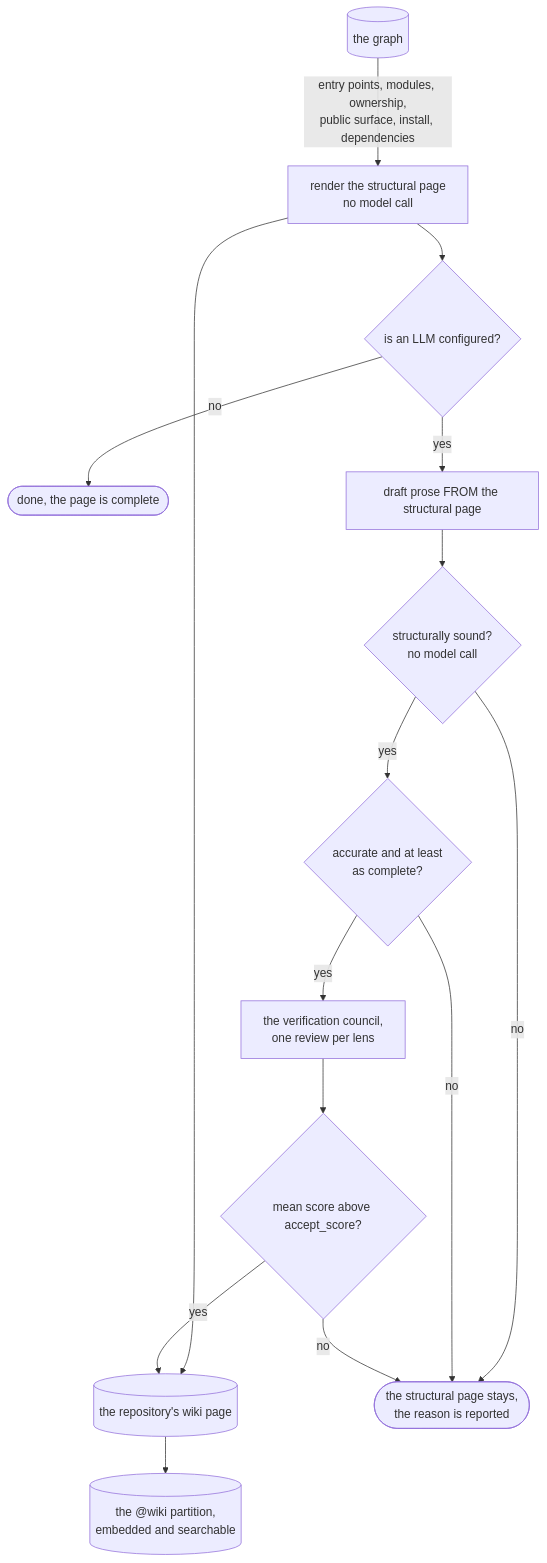
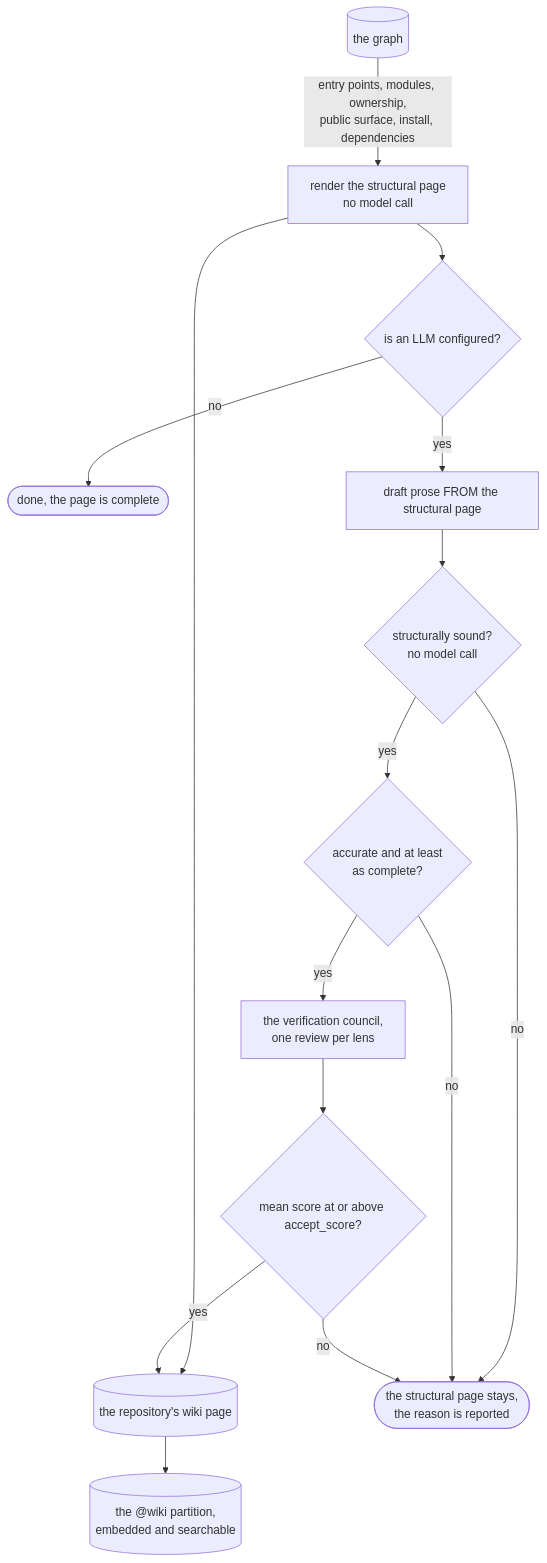
Before and after one commit to sayak-sarkar/contextlake: the diagram in docs/generating-the-wiki.md, drawn with Mermaid. The commit also changed other lines of this file and 11 other files, not shown here.

First line of the commit message:
docs(site): correct 22 claims and diagrams on 12 docs pages

````diff
--- a/docs/generating-the-wiki.md
+++ b/docs/generating-the-wiki.md
@@ -12,17 +15,17 @@
 ```mermaid
 flowchart TD
   G[("the graph")] -->|"entry points, modules, ownership,<br/>public surface, install, dependencies"| ST["render the structural page<br/>no model call"]
   ST --> W[("the repository's wiki page")]
   W --> P[("the @wiki partition,<br/>embedded and searchable")]
   ST --> Q{"is an LLM configured?"}
   Q -->|no| DONE(["done, the page is complete"])
   Q -->|yes| DR["draft prose FROM the structural page"]
   DR --> SG{"structurally sound?<br/>no model call"}
   SG -->|no| K(["the structural page stays,<br/>the reason is reported"])
   SG -->|yes| RG{"accurate and at least<br/>as complete?"}
   RG -->|no| K
   RG -->|yes| C["the verification council,<br/>one review per lens"]
-  C --> S{"mean score above accept_score?"}
+  C --> S{"mean score at or above accept_score?"}
   S -->|no| K
   S -->|yes| W
 ```
````
